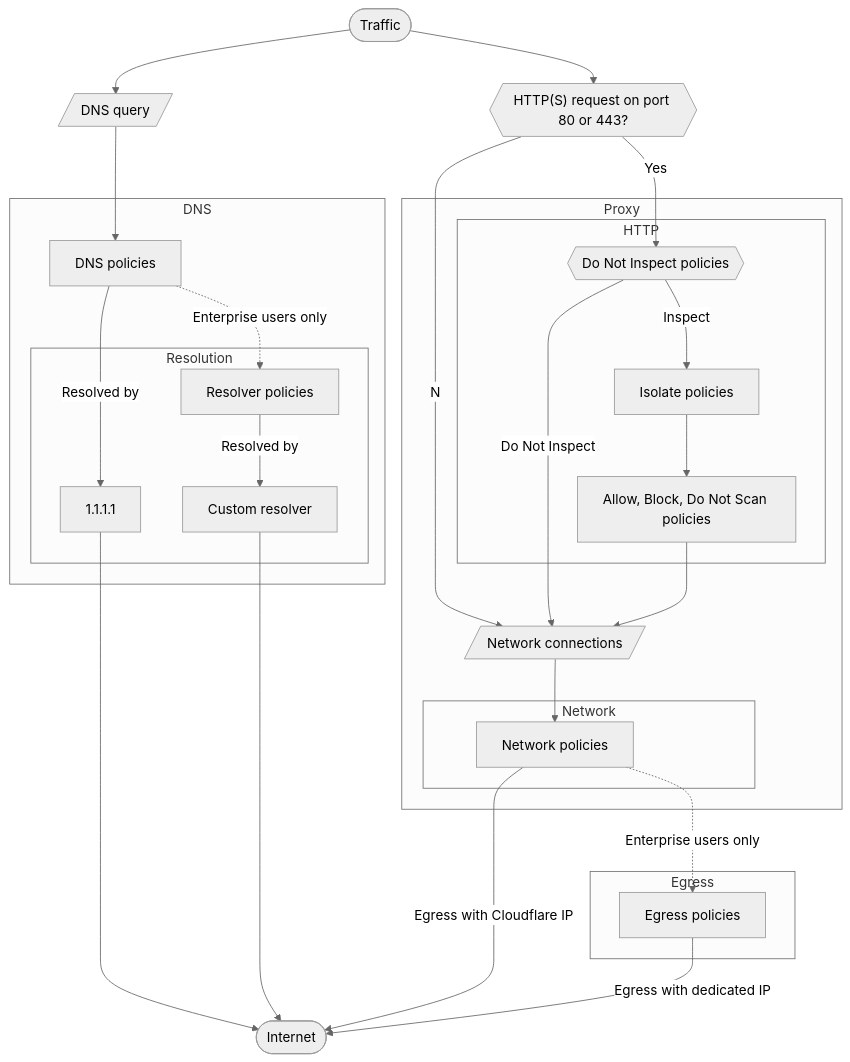
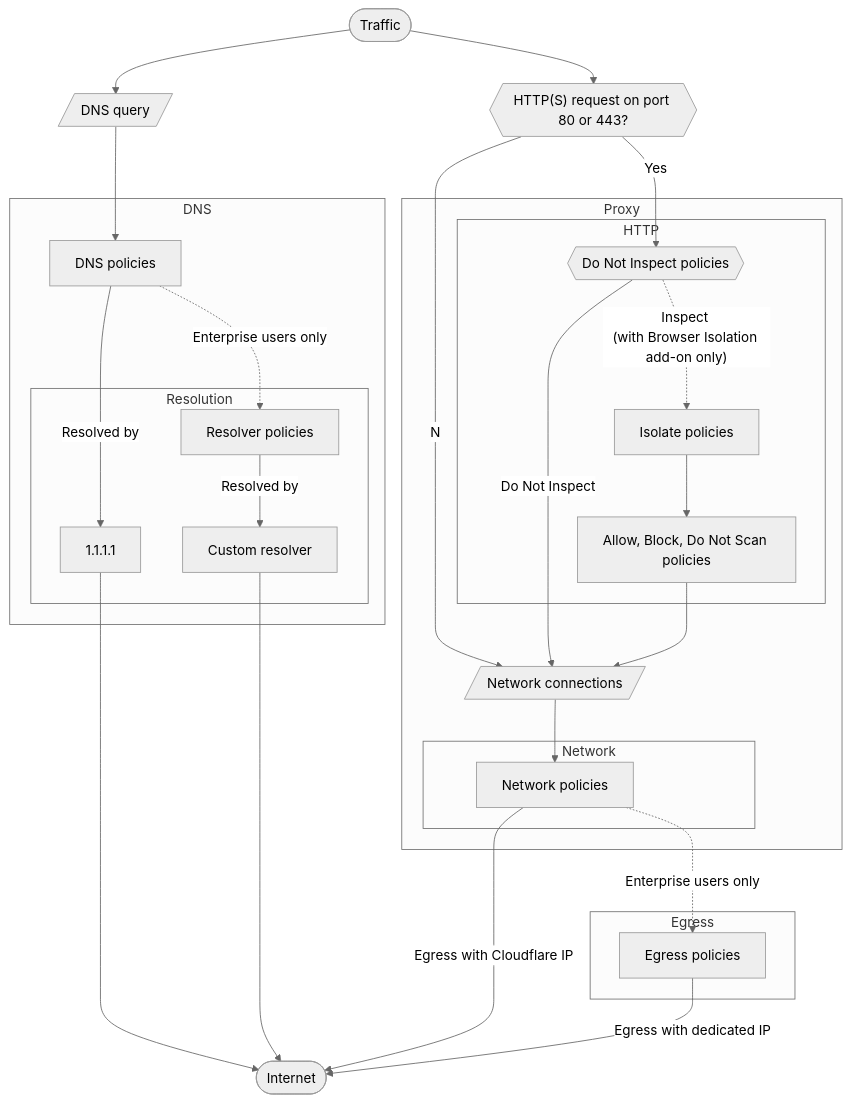
Before and after one commit to cloudflare/cloudflare-docs: the diagram in content/cloudflare-one/policies/gateway/order-of-enforcement.md, drawn with Mermaid (neutral theme).

Commit message:
Add RBI note to Inspect

````diff
--- a/content/cloudflare-one/policies/gateway/order-of-enforcement.md
+++ b/content/cloudflare-one/policies/gateway/order-of-enforcement.md
@@ -11,58 +11,58 @@
 ```mermaid
 flowchart TB
     %% Accessibility
     accTitle: Gateway order of enforcement
     accDescr: Flowchart describing the order of enforcement for Gateway policies.
 
     %% In with user traffic
     start(["Traffic"])-->dns0[/"DNS query"/]-->dns1
     start-->http0{{"HTTP(S) request on port 80 or 443?"}}
     http0--Yes-->http1
     http0--No-->network0
 
     %% DNS policies
     subgraph DNS
     dns1["DNS policies"]
     style DNS text-align:left
     dns1--Resolved by-->dns2["1.1.1.1"]
     dns1-.Enterprise users only.->dns3
 
         %% DNS resolution
         subgraph Resolution
         dns2["1.1.1.1"]
         dns3["Resolver policies"]--Resolved by-->dns4["Custom resolver"]
         end
 
     end
     dns2["1.1.1.1"]----->internet
     dns4----->internet
 
     %% Proxied by Gateway
     subgraph Proxy
 
     %% HTTP policies
     subgraph HTTP
     http1{{"Do Not Inspect policies"}}
-    http1--Inspect-->http2["Isolate policies"]
+    http1-."Inspect </br>(with Browser Isolation add-on only)".->http2["Isolate policies"]
     http2-->http3["Allow, Block, Do Not Scan policies"]
     end
 
     http1--Do Not Inspect-->network0
     http3-->network0
     network0[/"Network connections"/]-->network1
 
     %% Network policies
     subgraph Network
     network1["Network policies"]
     end
     end
 
     %% Egress
     subgraph Egress
     network1-.Enterprise users only.->egress1[Egress policies]
     end
 
     %% Finish
     network1--Egress with Cloudflare IP-->internet([Internet])
     egress1--Egress with dedicated IP-->internet
 ```
````
